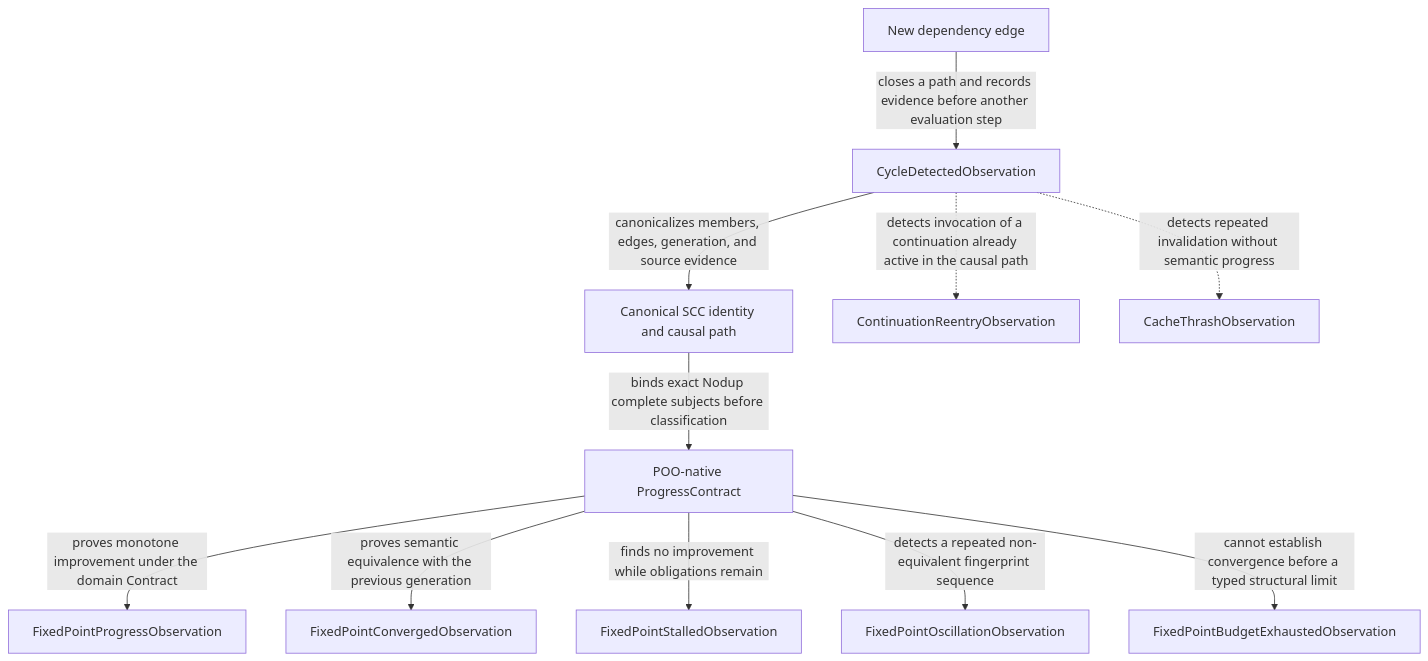
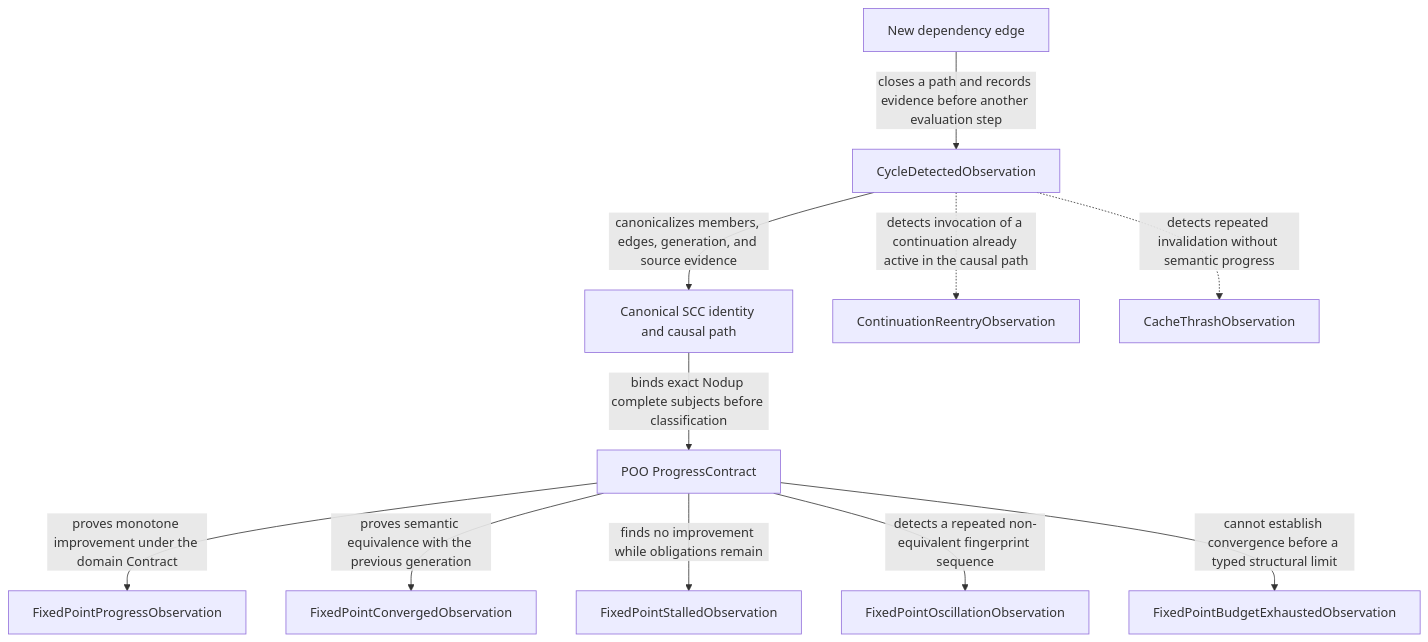
One commit to tao3k/gebril-yuanxu changed the second of 2 diagrams in module-system/design/45-120-21-fixed-point-cycle-progress-budget-and-watchdog-observation.org. Above: the diagram before and after it, drawn with Mermaid. The commit also changed other lines of this file and 1469 other files, not shown here.

```diff
--- a/module-system/design/45-120-21-fixed-point-cycle-progress-budget-and-watchdog-observation.org
+++ b/module-system/design/45-120-21-fixed-point-cycle-progress-budget-and-watchdog-observation.org
@@ -143,27 +143,27 @@
 #+begin_src mermaid
 flowchart TD
   Edge["New dependency edge"]
   Cycle["CycleDetectedObservation"]
   SCC["Canonical SCC identity and causal path"]
-  Progress["POO-native ProgressContract"]
+  Progress["POO ProgressContract"]
   Advancing["FixedPointProgressObservation"]
   Converged["FixedPointConvergedObservation"]
   Stalled["FixedPointStalledObservation"]
   Oscillating["FixedPointOscillationObservation"]
   Exhausted["FixedPointBudgetExhaustedObservation"]
   Reentry["ContinuationReentryObservation"]
   Thrashing["CacheThrashObservation"]
 
   Edge -->|"closes a path and records evidence before another evaluation step"| Cycle
   Cycle -->|"canonicalizes members, edges, generation, and source evidence"| SCC
   SCC -->|"binds exact Nodup complete subjects before classification"| Progress
 
   Progress -->|"proves monotone improvement under the domain Contract"| Advancing
   Progress -->|"proves semantic equivalence with the previous generation"| Converged
   Progress -->|"finds no improvement while obligations remain"| Stalled
   Progress -->|"detects a repeated non-equivalent fingerprint sequence"| Oscillating
   Progress -->|"cannot establish convergence before a typed structural limit"| Exhausted
 
   Cycle -.->|"detects invocation of a continuation already active in the causal path"| Reentry
   Cycle -.->|"detects repeated invalidation without semantic progress"| Thrashing
 #+end_src
```
